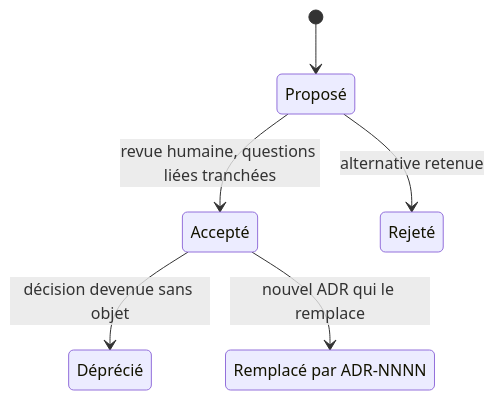
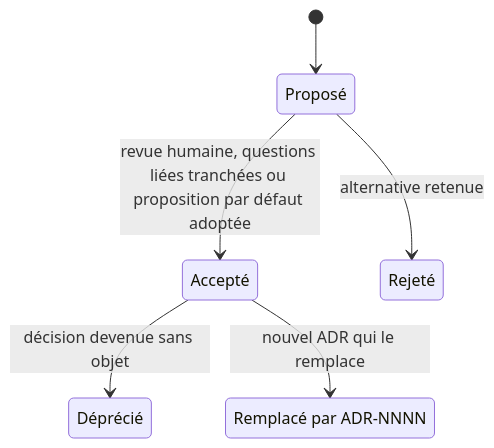
The first of 2 diagrams in docs/adr/README.md (muchiny/mcp-legifrance), drawn with Mermaid before and after one commit. The commit also changed other lines of this file and 29 other files, not shown here.

````diff
--- a/docs/adr/README.md
+++ b/docs/adr/README.md
@@ -17,13 +17,13 @@
 ```mermaid
 stateDiagram-v2
     state "Proposé" as Propose
     state "Accepté" as Accepte
     state "Rejeté" as Rejete
     state "Déprécié" as Deprecie
     state "Remplacé par ADR-NNNN" as Remplace
     [*] --> Propose
-    Propose --> Accepte: revue humaine, questions liées tranchées
+    Propose --> Accepte: revue humaine, questions liées tranchées ou proposition par défaut adoptée
     Propose --> Rejete: alternative retenue
     Accepte --> Deprecie: décision devenue sans objet
     Accepte --> Remplace: nouvel ADR qui le remplace
 ```
````
